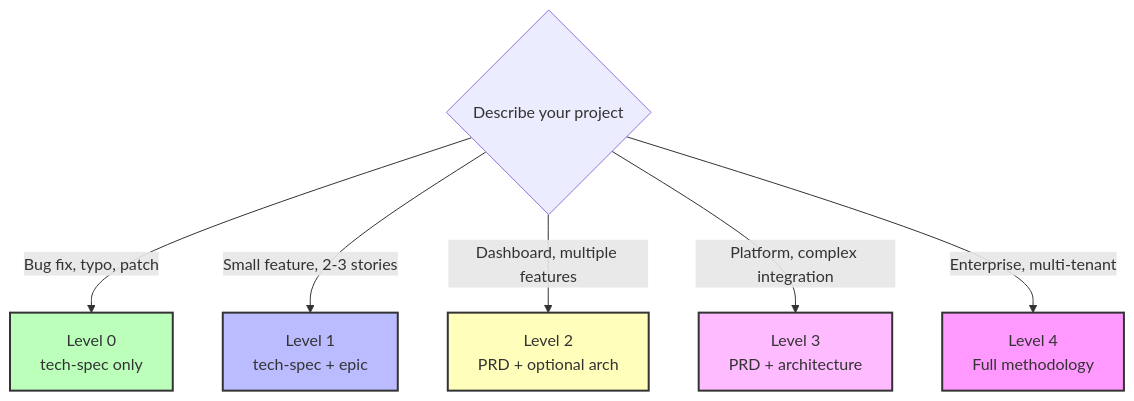
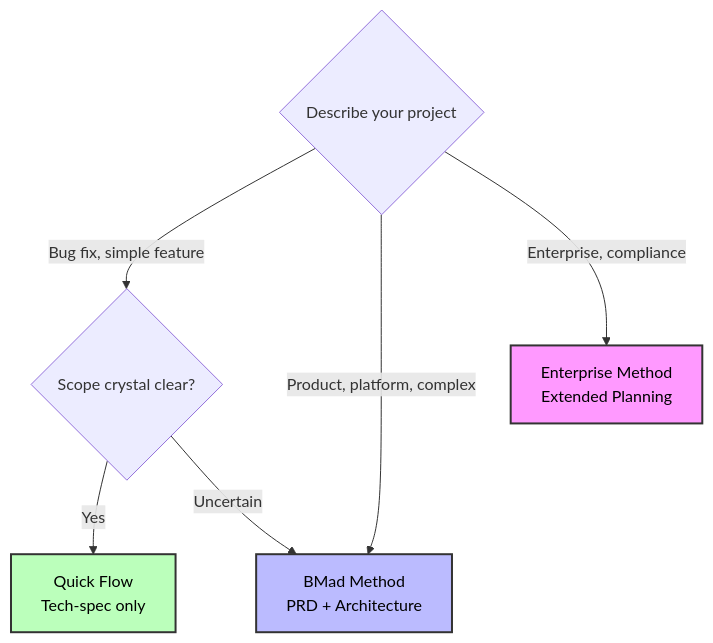
One commit to CSmithy89/agent-orchestrator changed the first of 2 diagrams in bmad/bmm/docs/scale-adaptive-system.md. Above: the diagram before and after it, drawn with Mermaid. The commit also changed other lines of this file and 376 other files, not shown here.

First line of the commit message:
Update BMAD Core platform to v6.0.0-alpha.12

````diff
--- a/bmad/bmm/docs/scale-adaptive-system.md
+++ b/bmad/bmm/docs/scale-adaptive-system.md
@@ -45,16 +43,15 @@
 ```mermaid
 flowchart TD
     START{Describe your project}
 
-    START -->|Bug fix, typo, patch| L0[Level 0<br/>tech-spec only]
-    START -->|Small feature, 2-3 stories| L1[Level 1<br/>tech-spec + epic]
-    START -->|Dashboard, multiple features| L2[Level 2<br/>PRD + optional arch]
-    START -->|Platform, complex integration| L3[Level 3<br/>PRD + architecture]
-    START -->|Enterprise, multi-tenant| L4[Level 4<br/>Full methodology]
+    START -->|Bug fix, simple feature| Q1{Scope crystal clear?}
+    START -->|Product, platform, complex| M[BMad Method<br/>PRD + Architecture]
+    START -->|Enterprise, compliance| E[Enterprise Method<br/>Extended Planning]
 
-    style L0 fill:#bfb,stroke:#333,stroke-width:2px
-    style L1 fill:#bbf,stroke:#333,stroke-width:2px
-    style L2 fill:#ffb,stroke:#333,stroke-width:2px
-    style L3 fill:#fbf,stroke:#333,stroke-width:2px
-    style L4 fill:#f9f,stroke:#333,stroke-width:2px
+    Q1 -->|Yes| QF[Quick Flow<br/>Tech-spec only]
+    Q1 -->|Uncertain| M
+
+    style QF fill:#bfb,stroke:#333,stroke-width:2px,color:#000
+    style M fill:#bbf,stroke:#333,stroke-width:2px,color:#000
+    style E fill:#f9f,stroke:#333,stroke-width:2px,color:#000
 ```
````
